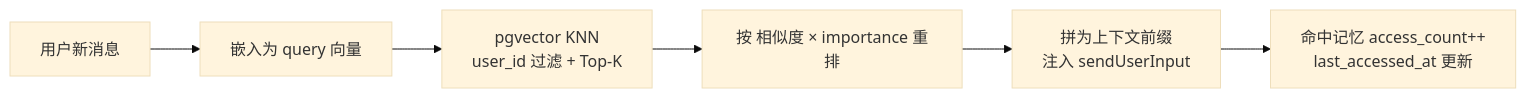
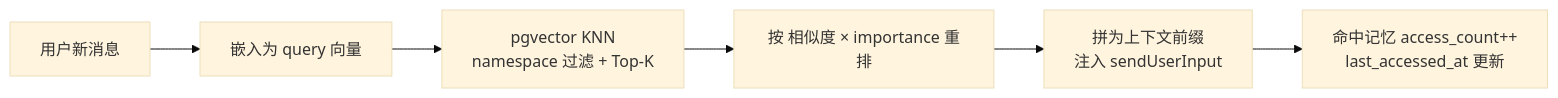
One commit to ygq-future/ai-cli-hub changed diagram 12 of 15 in docs/02-Architecture.md. Above: the diagram before and after it, drawn with Mermaid (base theme). The commit also changed other lines of this file and 15 other files, not shown here.

````diff
--- a/docs/02-Architecture.md
+++ b/docs/02-Architecture.md
@@ -512,8 +512,8 @@
 ```mermaid
 flowchart LR
     IN[用户新消息] --> Q[嵌入为 query 向量]
-    Q --> KNN[pgvector KNN<br/>user_id 过滤 + Top-K]
+    Q --> KNN[pgvector KNN<br/>namespace 过滤 + Top-K]
     KNN --> RANK[按 相似度 × importance 重排]
     RANK --> INJ[拼为上下文前缀<br/>注入 sendUserInput]
     INJ --> UPD[命中记忆 access_count++<br/>last_accessed_at 更新]
 ```
````
